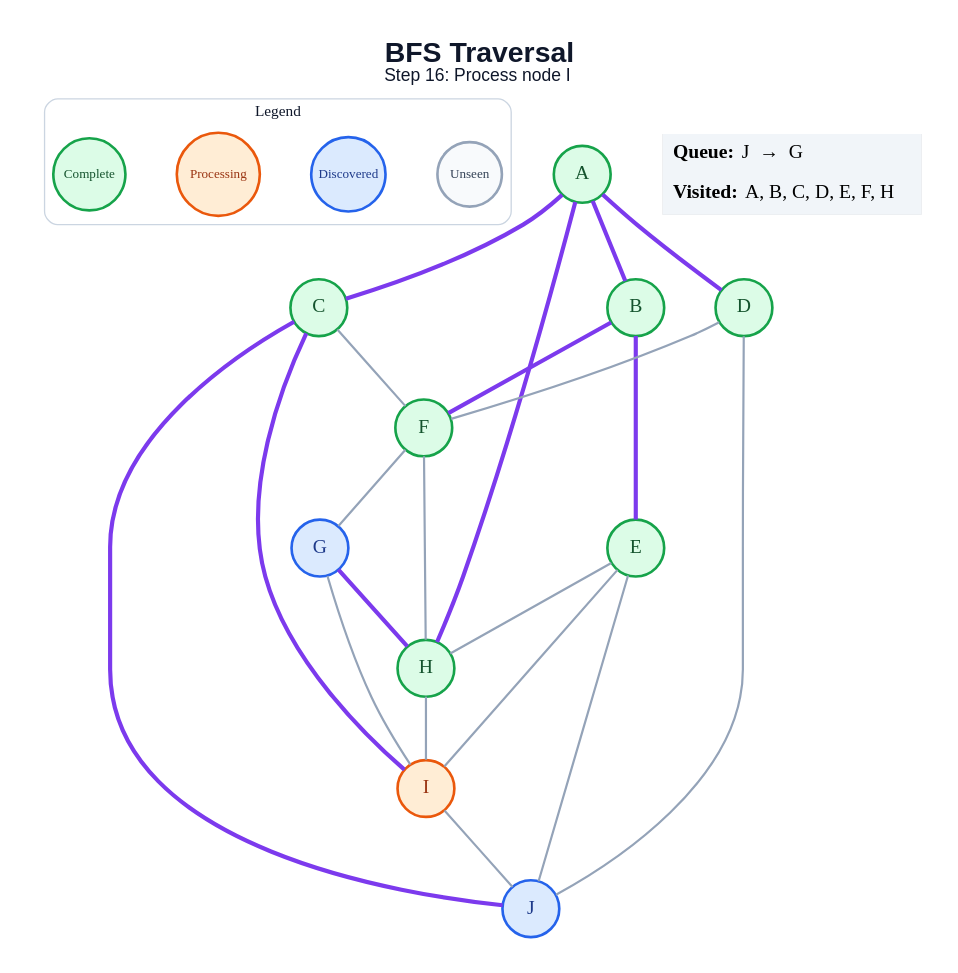
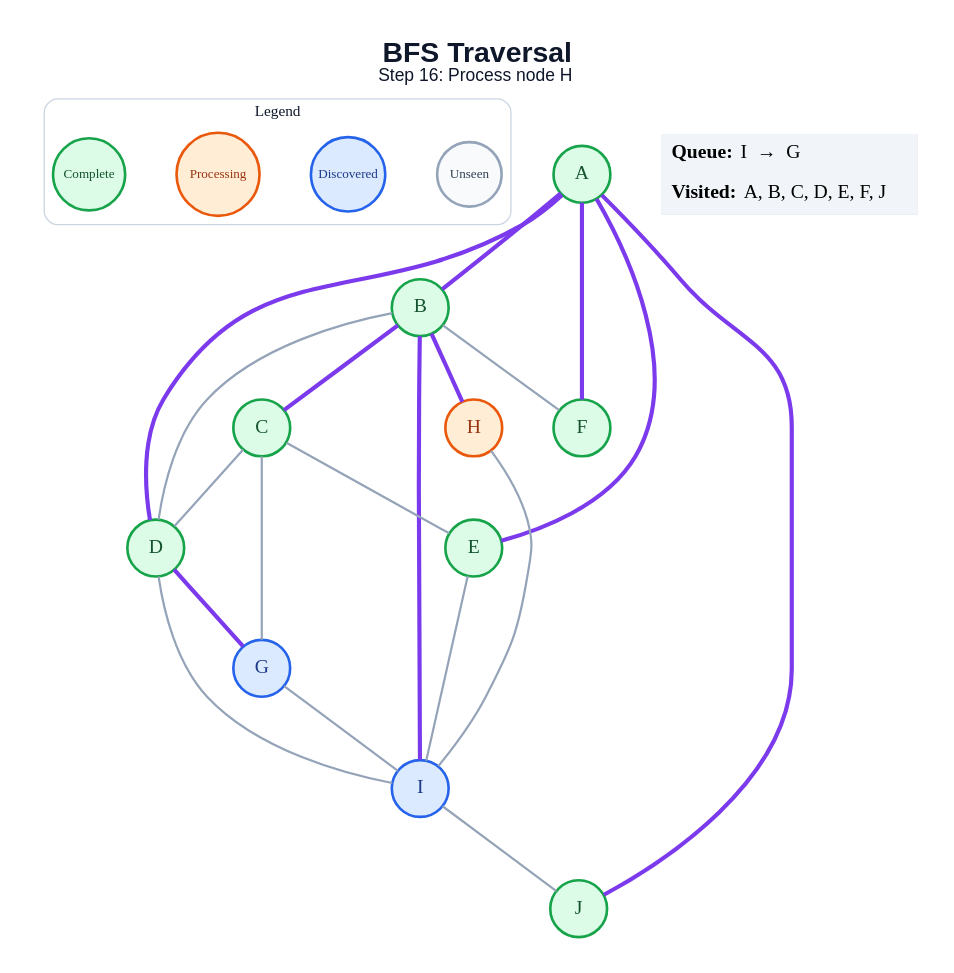
The diagram in generated/bfs/step_16.dot (amanghodawala9/ai-slop), drawn with Graphviz before and after one commit. The commit also changed 178 other files, not shown here.

```diff
--- a/generated/bfs/step_16.dot
+++ b/generated/bfs/step_16.dot
@@ -1,49 +1,48 @@
 graph traversal {
   graph [layout=dot, rankdir=TB, bgcolor="#FFFFFF", pad="0.35", nodesep="0.65", ranksep="0.8", fontname="Arial"];
   node [shape=circle, style="filled", fontname="Arial Bold", fontsize=18, width=0.72, fixedsize=true, penwidth=2.4];
   edge [color="#94A3B8", penwidth=2.0];
-  label=<<B>BFS Traversal</B><BR/><FONT POINT-SIZE="16">Step 16: Process node I</FONT>>; labelloc="t"; fontsize=26; fontname="Arial"; fontcolor="#0F172A";
+  label=<<B>BFS Traversal</B><BR/><FONT POINT-SIZE="16">Step 16: Process node H</FONT>>; labelloc="t"; fontsize=26; fontname="Arial"; fontcolor="#0F172A";
   subgraph cluster_legend { label="Legend"; color="#CBD5E1"; penwidth=1.2; style="rounded"; fontsize=14; fontname="Arial Bold";
     key_unseen [label="Unseen", fillcolor="#F8FAFC", color="#94A3B8", fontcolor="#334155", fontsize=12, width=0.82];
     key_frontier [label="Discovered", fillcolor="#DBEAFE", color="#2563EB", fontcolor="#1E3A8A", fontsize=12, width=0.95];
     key_current [label="Processing", fillcolor="#FFEDD5", color="#EA580C", fontcolor="#9A3412", fontsize=12, width=1.05];
     key_done [label="Complete", fillcolor="#DCFCE7", color="#16A34A", fontcolor="#14532D", fontsize=12, width=0.92];
     { rank=same; key_unseen; key_frontier; key_current; key_done; }
   }
   A [fillcolor="#DCFCE7", color="#16A34A", fontcolor="#14532D"];
   B [fillcolor="#DCFCE7", color="#16A34A", fontcolor="#14532D"];
   C [fillcolor="#DCFCE7", color="#16A34A", fontcolor="#14532D"];
   D [fillcolor="#DCFCE7", color="#16A34A", fontcolor="#14532D"];
   E [fillcolor="#DCFCE7", color="#16A34A", fontcolor="#14532D"];
   F [fillcolor="#DCFCE7", color="#16A34A", fontcolor="#14532D"];
   G [fillcolor="#DBEAFE", color="#2563EB", fontcolor="#1E3A8A"];
-  H [fillcolor="#DCFCE7", color="#16A34A", fontcolor="#14532D"];
-  I [fillcolor="#FFEDD5", color="#EA580C", fontcolor="#9A3412"];
-  J [fillcolor="#DBEAFE", color="#2563EB", fontcolor="#1E3A8A"];
+  H [fillcolor="#FFEDD5", color="#EA580C", fontcolor="#9A3412"];
+  I [fillcolor="#DBEAFE", color="#2563EB", fontcolor="#1E3A8A"];
+  J [fillcolor="#DCFCE7", color="#16A34A", fontcolor="#14532D"];
   A -- B [color="#7C3AED", penwidth=3.8];
-  A -- C [color="#7C3AED", penwidth=3.8];
   A -- D [color="#7C3AED", penwidth=3.8];
-  A -- H [color="#7C3AED", penwidth=3.8];
-  B -- E [color="#7C3AED", penwidth=3.8];
-  B -- F [color="#7C3AED", penwidth=3.8];
-  C -- F;
-  C -- I [color="#7C3AED", penwidth=3.8];
-  C -- J [color="#7C3AED", penwidth=3.8];
-  D -- F;
-  D -- J;
-  E -- H;
+  A -- E [color="#7C3AED", penwidth=3.8];
+  A -- F [color="#7C3AED", penwidth=3.8];
+  A -- J [color="#7C3AED", penwidth=3.8];
+  B -- C [color="#7C3AED", penwidth=3.8];
+  B -- D;
+  B -- F;
+  B -- H [color="#7C3AED", penwidth=3.8];
+  B -- I [color="#7C3AED", penwidth=3.8];
+  C -- D;
+  C -- E;
+  C -- G;
+  D -- G [color="#7C3AED", penwidth=3.8];
+  D -- I;
   E -- I;
-  E -- J;
-  F -- G;
-  F -- H;
-  G -- H [color="#7C3AED", penwidth=3.8];
   G -- I;
   H -- I;
   I -- J;
   status [shape=plain, fixedsize=false, width=0, height=0, margin=0, label=<
     <TABLE BORDER="0" CELLBORDER="0" CELLPADDING="7" BGCOLOR="#F1F5F9">
-      <TR><TD ALIGN="LEFT"><B>Queue:</B> J  →  G</TD></TR>
-      <TR><TD ALIGN="LEFT"><B>Visited:</B> A, B, C, D, E, F, H</TD></TR>
+      <TR><TD ALIGN="LEFT"><B>Queue:</B> I  →  G</TD></TR>
+      <TR><TD ALIGN="LEFT"><B>Visited:</B> A, B, C, D, E, F, J</TD></TR>
     </TABLE>
   >];
 }
```
